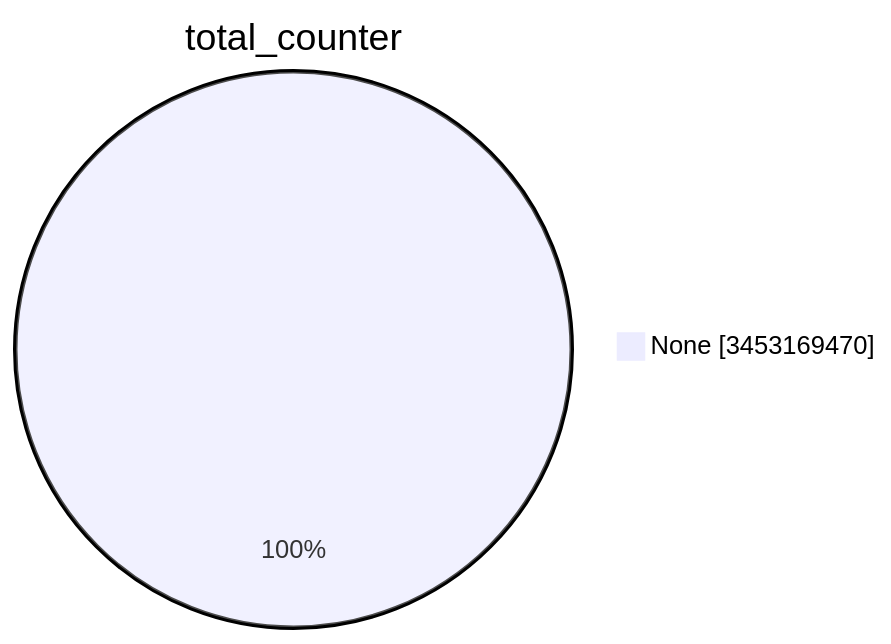
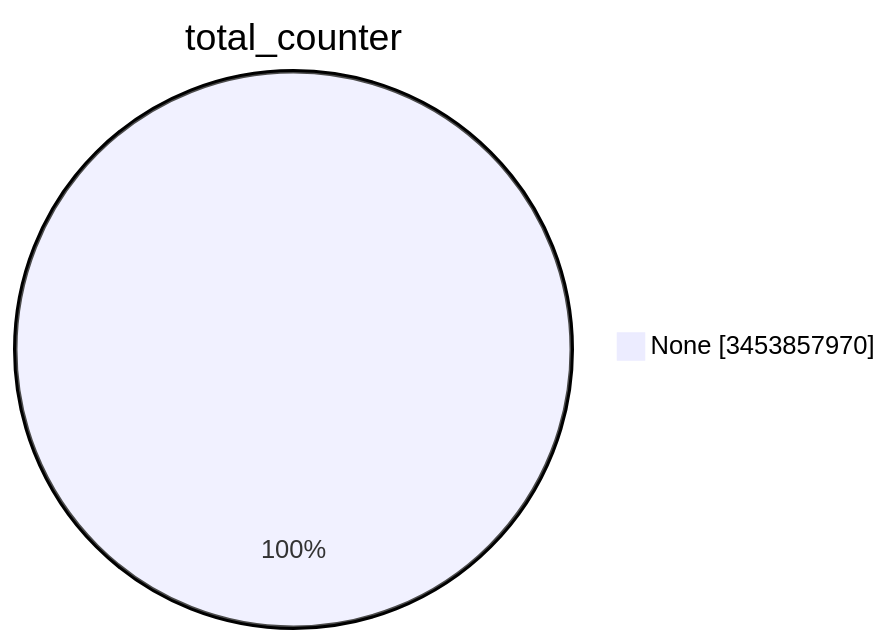
One commit to christiankrug/ctmonitor_visualization changed the first of 15 diagrams in TOTAL/README.md. Above: the diagram before and after it, drawn with Mermaid. The commit also changed other lines of this file, not shown here.

````diff
--- a/TOTAL/README.md
+++ b/TOTAL/README.md
@@ -1,5 +1,5 @@
 ```mermaid
 pie showData
 title total_counter
-"None" :3453169470
+"None" :3453857970
 ```
````
